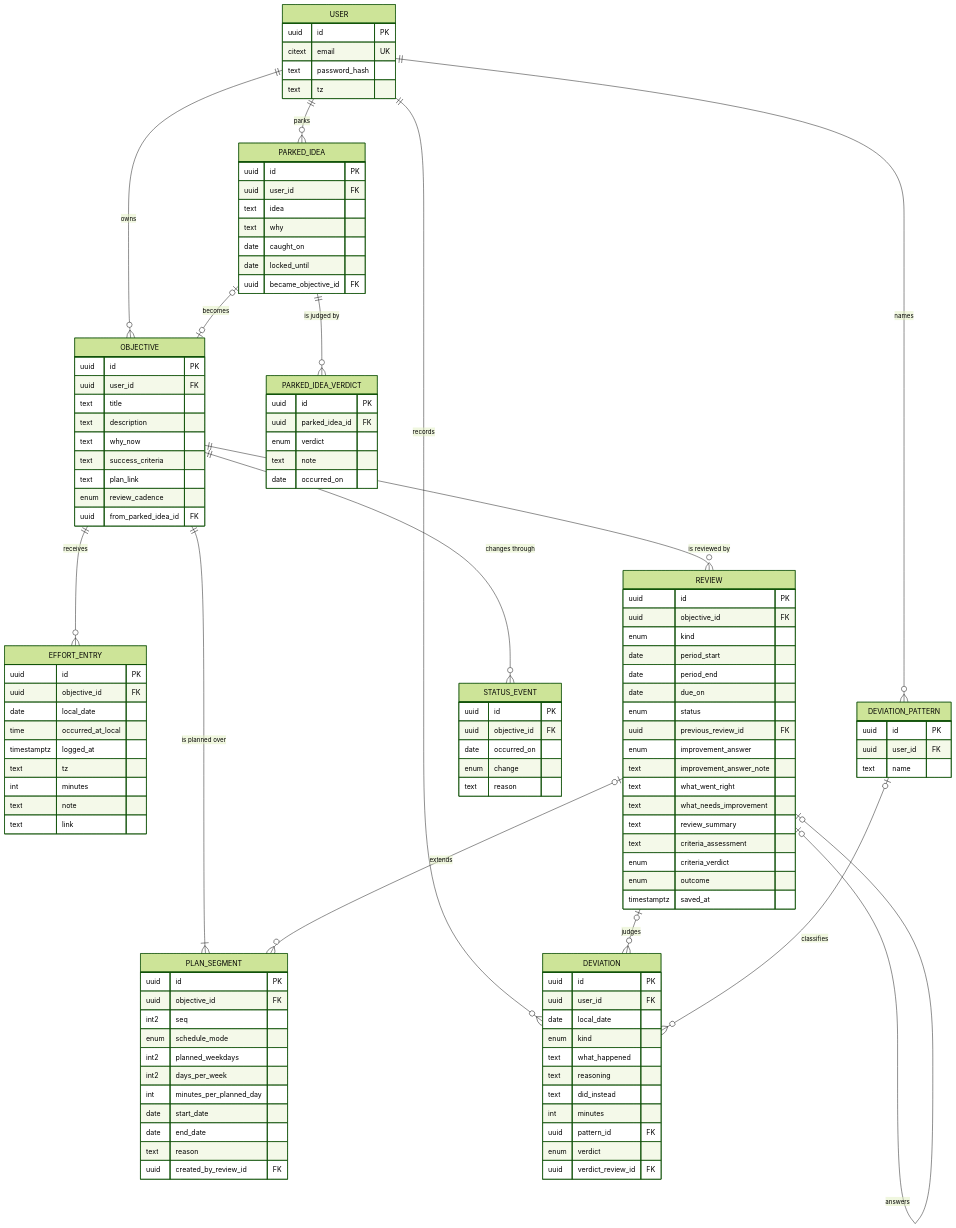
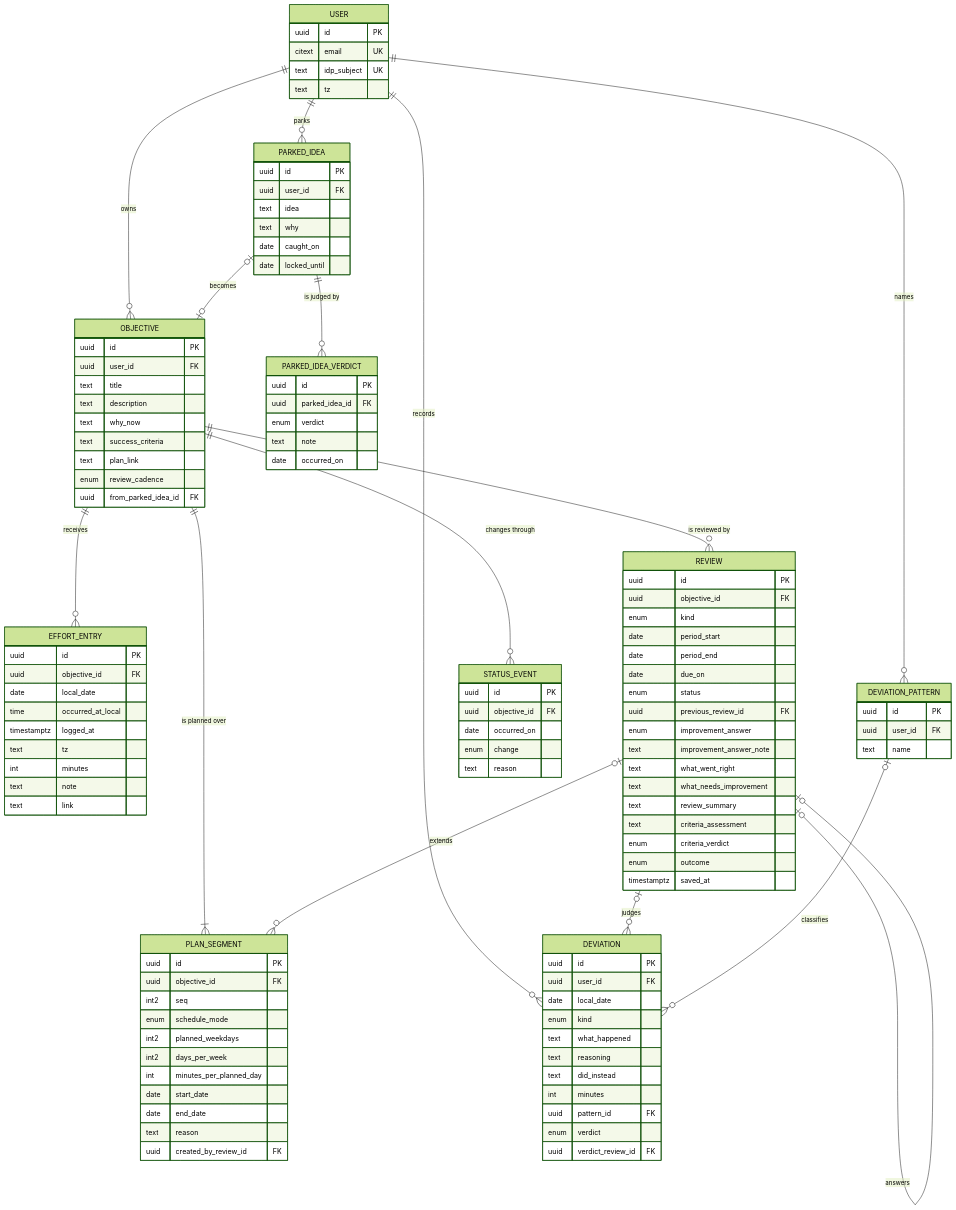
One commit to rohit12242/keel changed the second of 2 diagrams in docs/erd.md. Above: the diagram before and after it, drawn with Mermaid (forest theme). The commit also changed other lines of this file and 3 other files, not shown here.

```diff
--- a/docs/erd.md
+++ b/docs/erd.md
@@ -69,7 +85,7 @@
     USER {
         uuid id PK
         citext email UK
-        text password_hash
+        text idp_subject UK
         text tz
     }
     OBJECTIVE {
@@ -151,7 +167,6 @@
         text why
         date caught_on
         date locked_until
-        uuid became_objective_id FK
     }
     PARKED_IDEA_VERDICT {
         uuid id PK
```
